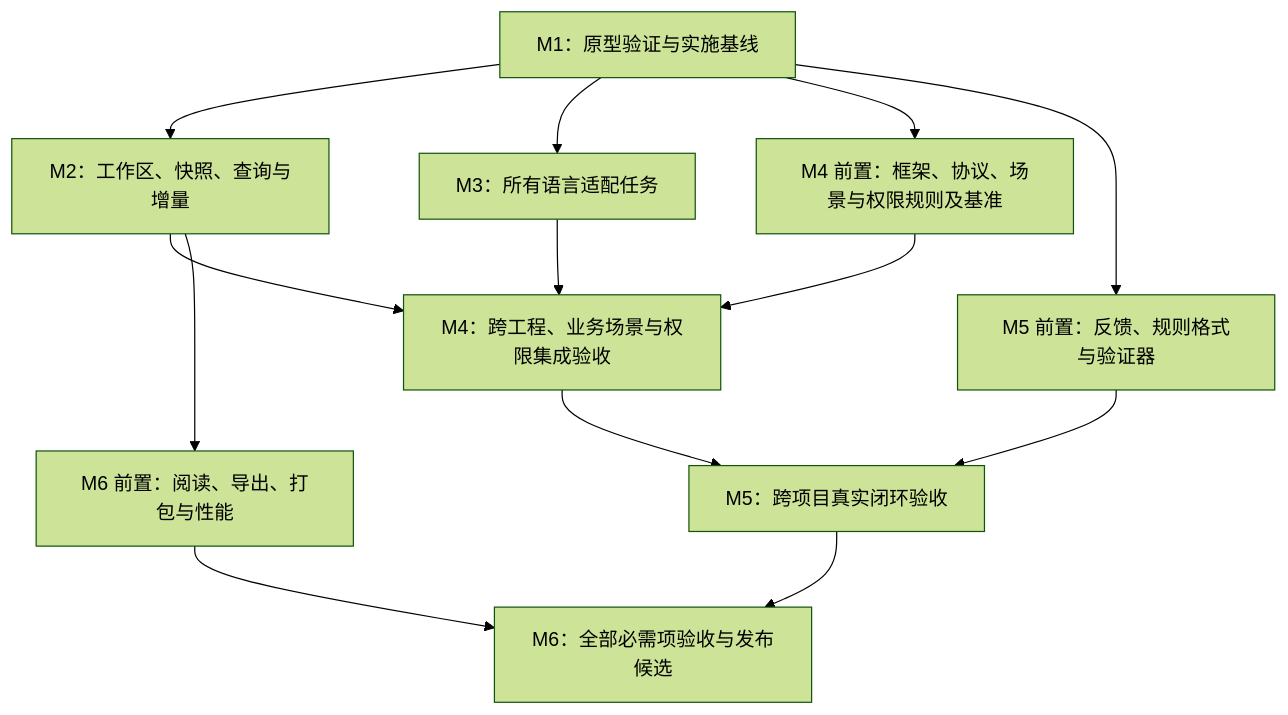
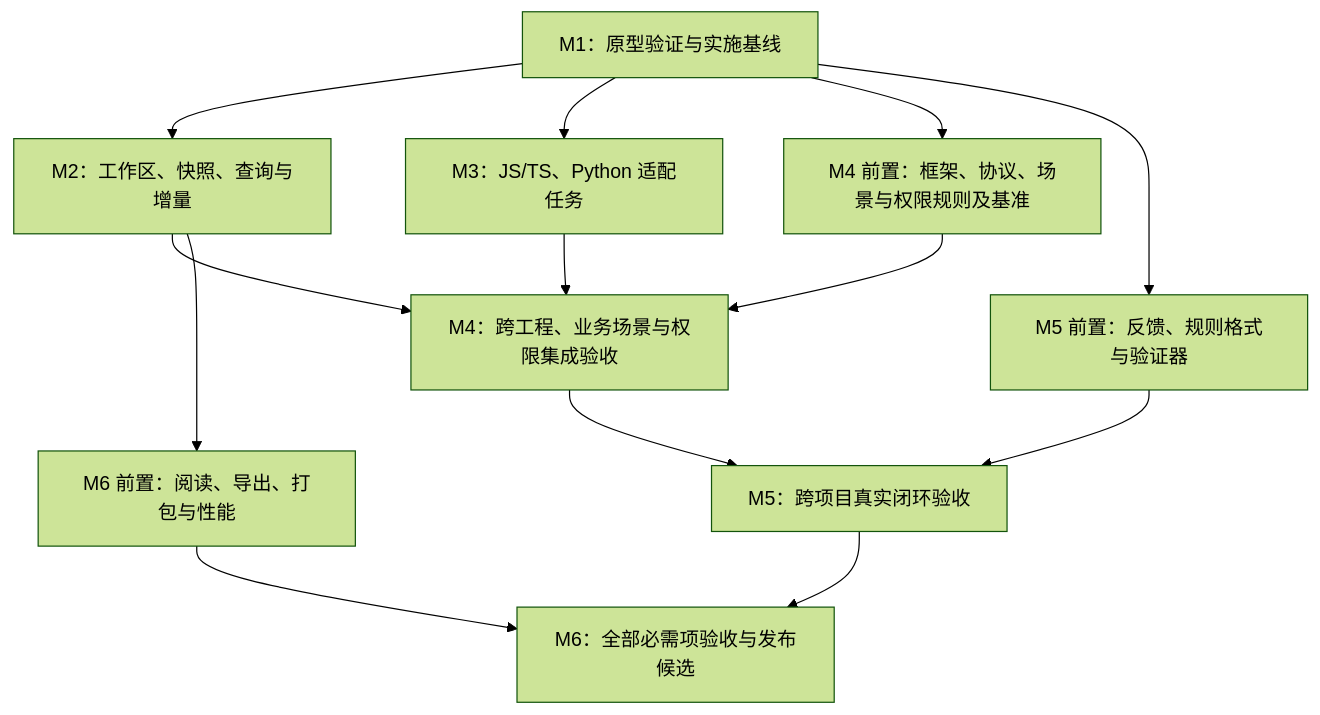
One commit to xjq11029/CodeCartia changed the diagram in docs/CodeCartia-推进方案.md. Above: the diagram before and after it, drawn with Mermaid (forest theme). The commit also changed other lines of this file and 189 other files, not shown here.

````diff
--- a/docs/CodeCartia-推进方案.md
+++ b/docs/CodeCartia-推进方案.md
@@ -71,15 +77,15 @@
 ```mermaid
 flowchart TD
   M1["M1：原型验证与实施基线"] --> M2["M2：工作区、快照、查询与增量"]
-  M1 --> M3["M3：所有语言适配任务"]
+  M1 --> M3["M3：JS/TS、Python 适配任务"]
   M1 --> F["M4 前置：框架、协议、场景与权限规则及基准"]
   M2 --> I["M4：跨工程、业务场景与权限集成验收"]
   M3 --> I
   F --> I
   M1 --> R["M5 前置：反馈、规则格式与验证器"]
   I --> M5["M5：跨项目真实闭环验收"]
   R --> M5
   M2 --> U["M6 前置：阅读、导出、打包与性能"]
   M5 --> M6["M6：全部必需项验收与发布候选"]
   U --> M6
 ```
````
